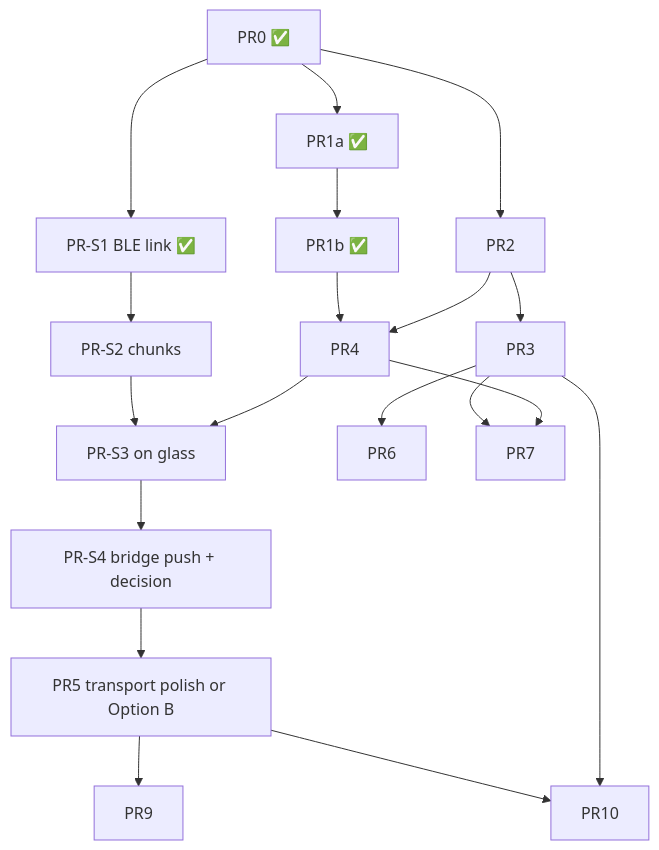
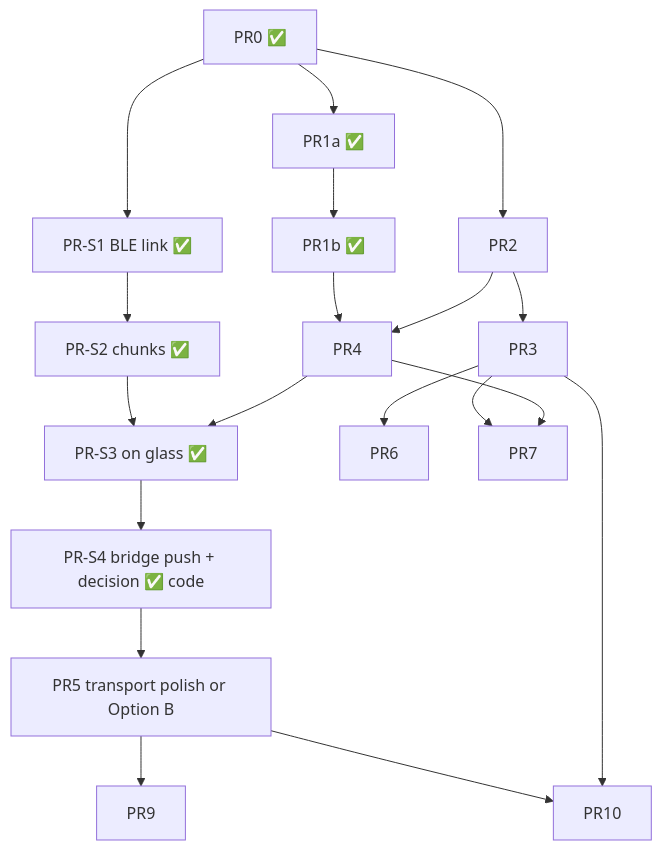
One commit to bakkerme/agent-control-deck changed the third of 3 diagrams in docs/mvp-product-design.md. Above: the diagram before and after it, drawn with Mermaid. The commit also changed other lines of this file and 17 other files, not shown here.

First line of the commit message:
spike: BLE S2–S4 chunk transfer, on-glass parse, mock bridge STALE

````diff
--- a/docs/mvp-product-design.md
+++ b/docs/mvp-product-design.md
@@ -1224,20 +1228,20 @@
 ```mermaid
 flowchart TD
   PR0[PR0 ✅] --> PR1a[PR1a ✅] --> PR1b[PR1b ✅]
   PR0 --> PR2
   PR0 --> PRS1[PR-S1 BLE link ✅]
-  PRS1 --> PRS2[PR-S2 chunks]
+  PRS1 --> PRS2[PR-S2 chunks ✅]
   PR1b --> PR4
   PR2 --> PR4
   PR2 --> PR3
-  PRS2 --> PRS3[PR-S3 on glass]
+  PRS2 --> PRS3[PR-S3 on glass ✅]
   PR4 --> PRS3
-  PRS3 --> PRS4[PR-S4 bridge push + decision]
+  PRS3 --> PRS4[PR-S4 bridge push + decision ✅ code]
   PRS4 --> PR5[PR5 transport polish or Option B]
   PR3 --> PR6
   PR3 --> PR7
   PR4 --> PR7
   PR5 --> PR9
   PR5 --> PR10
   PR3 --> PR10
 ```
````
